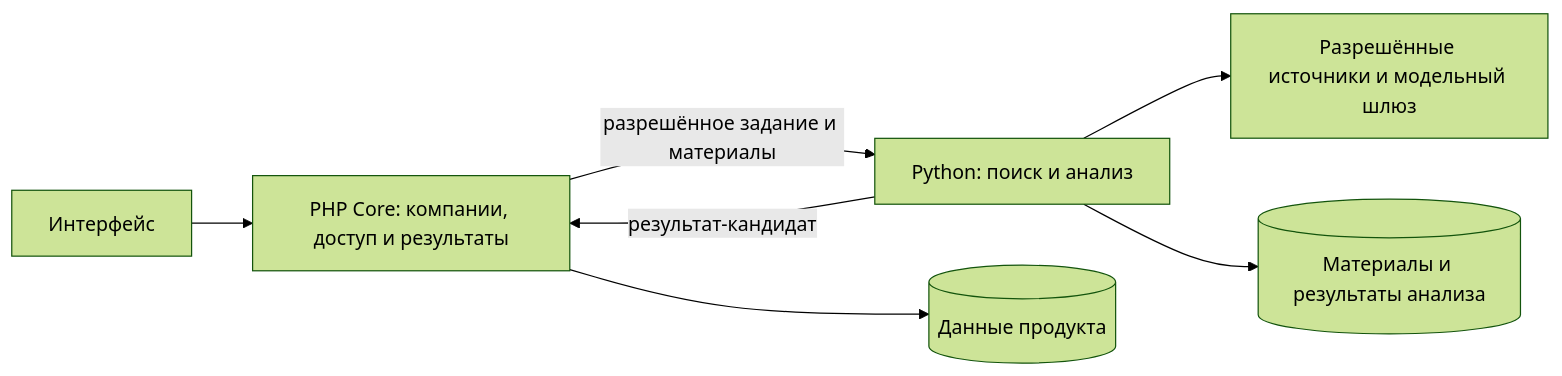
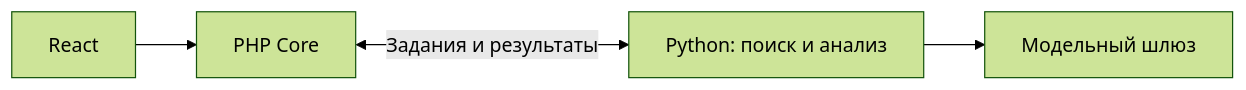
The diagram in docs/architecture.md (MrHolly0/alfa-business-context), drawn with Mermaid (forest theme) before and after one commit. The commit also changed other lines of this file and 104 other files, not shown here.

````diff
--- a/docs/architecture.md
+++ b/docs/architecture.md
@@ -19,9 +11,6 @@
 ```mermaid
 flowchart LR
-  UI[Интерфейс] --> CORE[PHP Core: компании, доступ и результаты]
-  CORE -->|разрешённое задание и материалы| AI[Python: поиск и анализ]
-  AI -->|результат-кандидат| CORE
-  AI --> SOURCES[Разрешённые источники и модельный шлюз]
-  CORE --> DB[(Данные продукта)]
-  AI --> AIDB[(Материалы и результаты анализа)]
+    UI[React] --> PHP[PHP Core]
+    PHP <-->|Задания и результаты| AI[Python: поиск и анализ]
+    AI --> LLM[Модельный шлюз]
 ```
````
